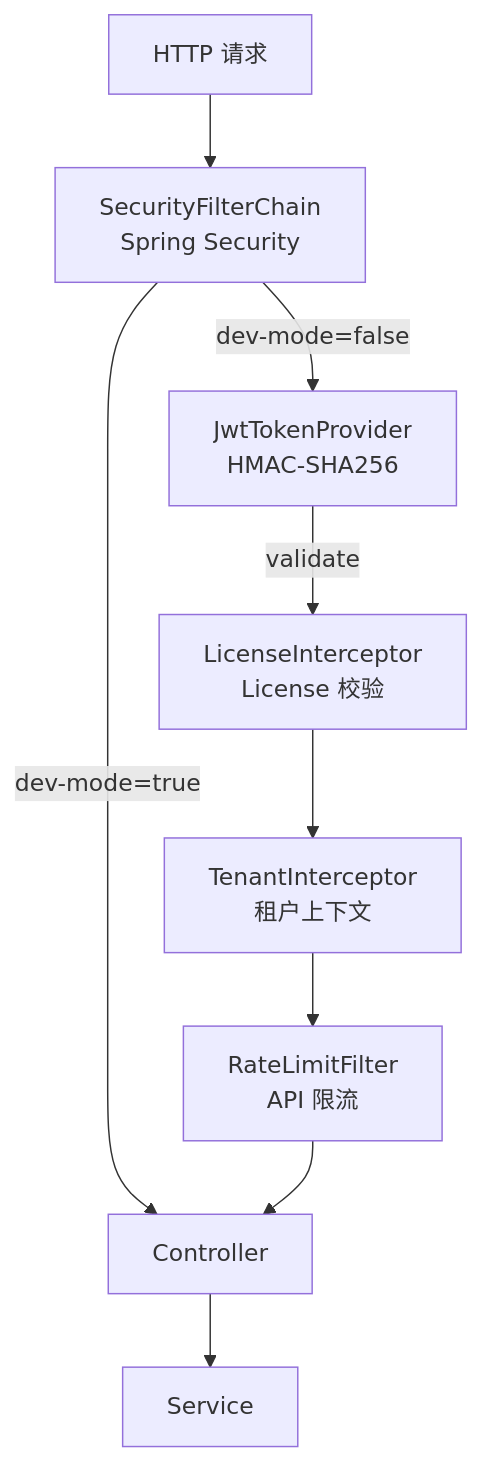
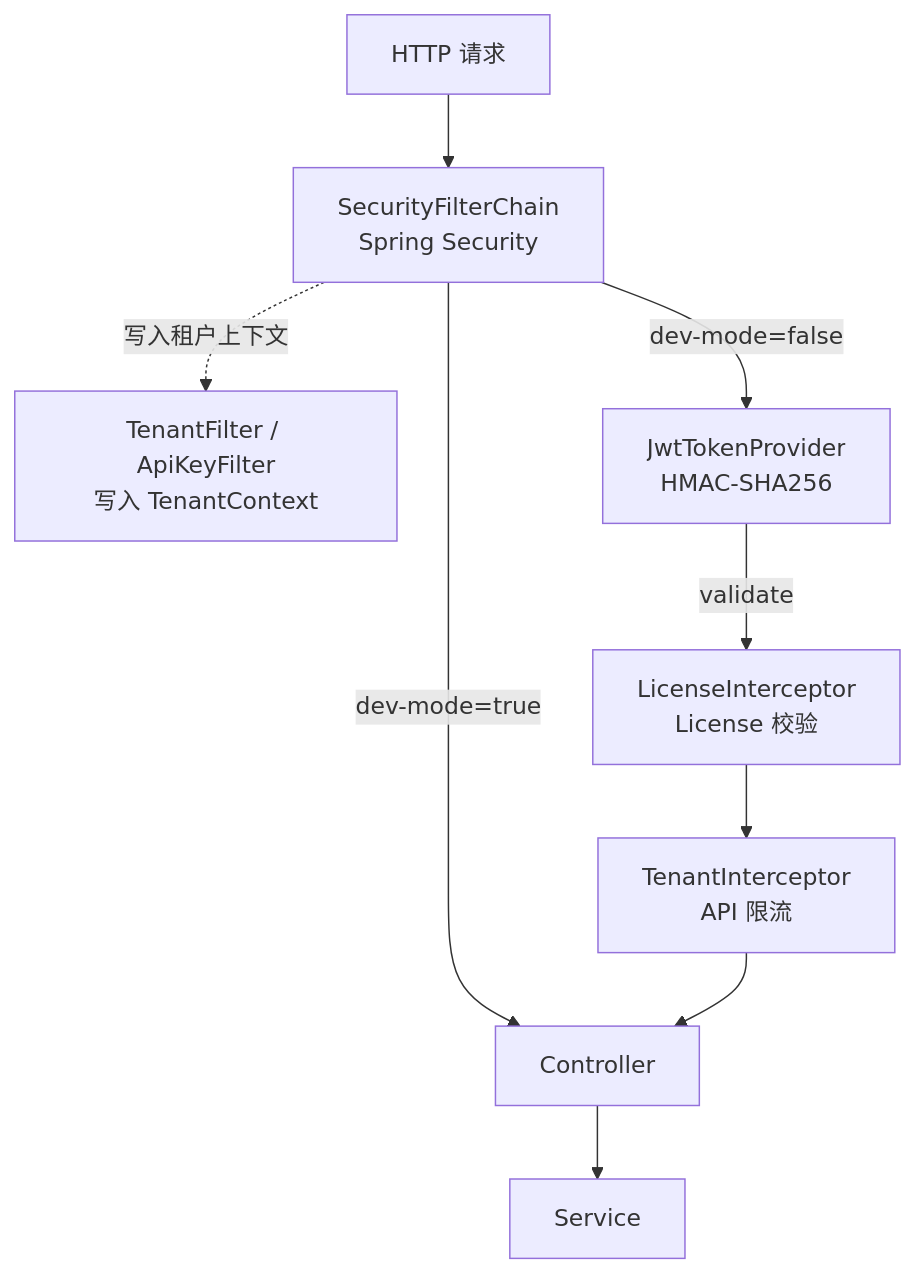
The sixth of 6 diagrams in docs/architecture.md (Levango7/NexusSky), drawn with Mermaid before and after one commit. The commit also changed other lines of this file and 112 other files, not shown here.

````diff
--- a/docs/architecture.md
+++ b/docs/architecture.md
@@ -198,20 +198,20 @@
 ```mermaid
 graph TB
     REQ[HTTP 请求]
     SEC_F[SecurityFilterChain<br/>Spring Security]
     LIC_F[LicenseInterceptor<br/>License 校验]
-    TEN_F[TenantInterceptor<br/>租户上下文]
-    RL_F[RateLimitFilter<br/>API 限流]
+    TEN_F[TenantFilter / ApiKeyFilter<br/>写入 TenantContext]
+    RL_F[TenantInterceptor<br/>API 限流]
     CTRL[Controller]
     SVC[Service]
     JWT[JwtTokenProvider<br/>HMAC-SHA256]
 
     REQ --> SEC_F
     SEC_F -->|dev-mode=true| CTRL
     SEC_F -->|dev-mode=false| JWT
     JWT -->|validate| LIC_F
-    LIC_F --> TEN_F
-    TEN_F --> RL_F
+    SEC_F -.写入租户上下文.-> TEN_F
+    LIC_F --> RL_F
     RL_F --> CTRL
     CTRL --> SVC
 ```
````
